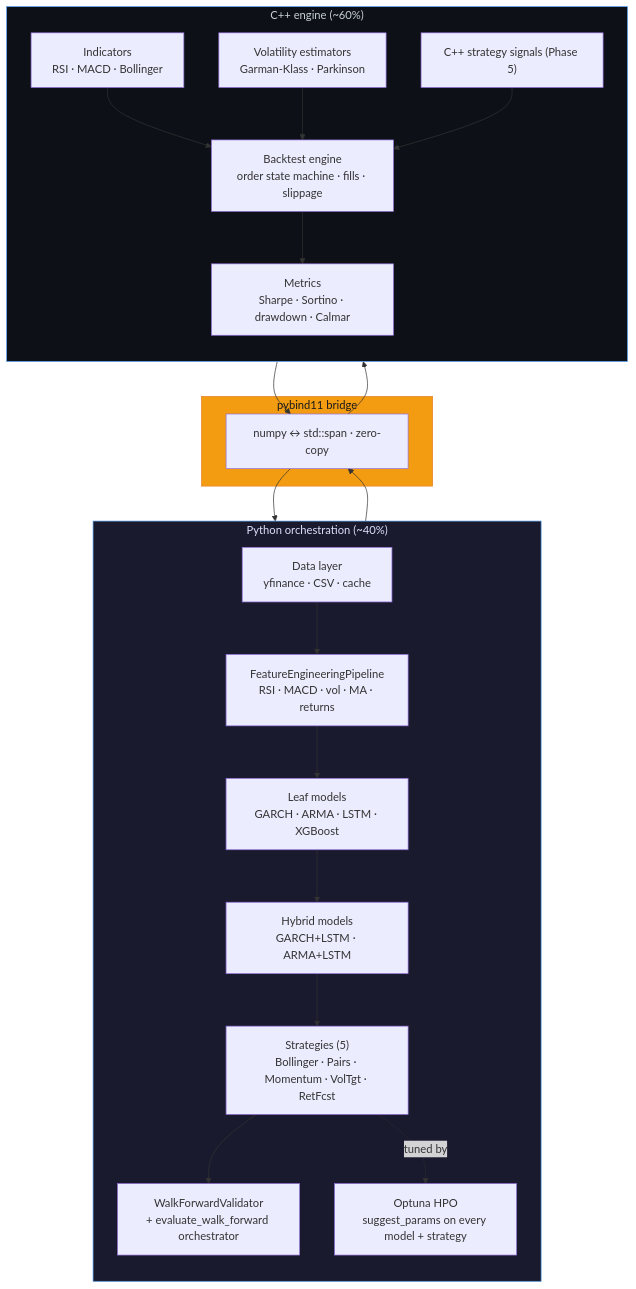
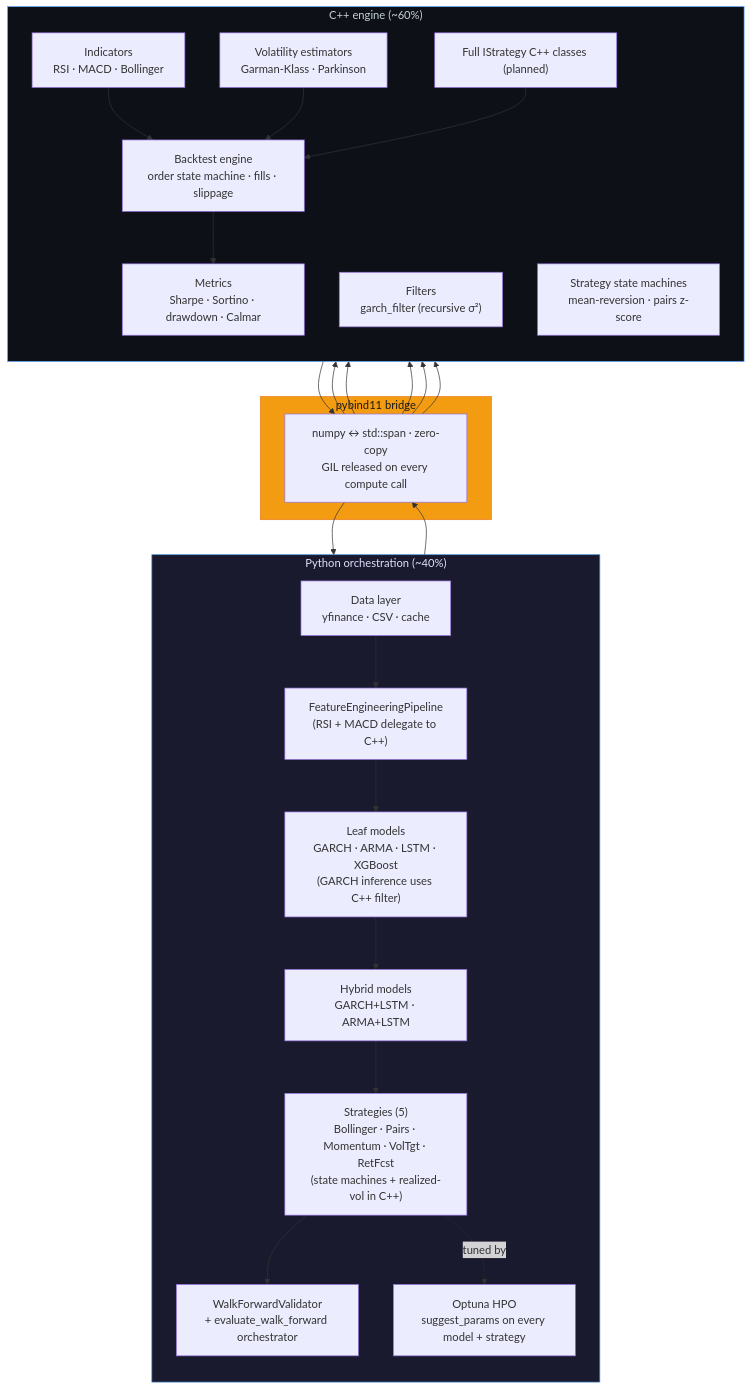
The first of 3 diagrams in README.md (Alextz307/quantforge), drawn with Mermaid before and after one commit. The commit also changed other lines of this file and 19 other files, not shown here.

````diff
--- a/README.md
+++ b/README.md
@@ -9,42 +9,48 @@
 ```mermaid
 graph TB
     subgraph py["Python orchestration (~40%)"]
         direction TB
         data["Data layer<br/>yfinance · CSV · cache"]
-        feat["FeatureEngineeringPipeline<br/>RSI · MACD · vol · MA · returns"]
-        leaf["Leaf models<br/>GARCH · ARMA · LSTM · XGBoost"]
+        feat["FeatureEngineeringPipeline<br/>(RSI + MACD delegate to C++)"]
+        leaf["Leaf models<br/>GARCH · ARMA · LSTM · XGBoost<br/>(GARCH inference uses C++ filter)"]
         hyb["Hybrid models<br/>GARCH+LSTM · ARMA+LSTM"]
-        strat["Strategies (5)<br/>Bollinger · Pairs · Momentum · VolTgt · RetFcst"]
+        strat["Strategies (5)<br/>Bollinger · Pairs · Momentum · VolTgt · RetFcst<br/>(state machines + realized-vol in C++)"]
         wforch["WalkForwardValidator<br/>+ evaluate_walk_forward orchestrator"]
         hpo["Optuna HPO<br/>suggest_params on every model + strategy"]
         data --> feat --> leaf --> hyb --> strat
         strat --> wforch
         strat -. tuned by .-> hpo
     end
 
     subgraph bridge["pybind11 bridge"]
-        numpy["numpy ↔ std::span · zero-copy"]
+        numpy["numpy ↔ std::span · zero-copy<br/>GIL released on every compute call"]
     end
 
     subgraph cpp["C++ engine (~60%)"]
         direction TB
         indicators["Indicators<br/>RSI · MACD · Bollinger"]
         voles["Volatility estimators<br/>Garman-Klass · Parkinson"]
+        filters["Filters<br/>garch_filter (recursive σ²)"]
+        smach["Strategy state machines<br/>mean-reversion · pairs z-score"]
         backtest["Backtest engine<br/>order state machine · fills · slippage"]
         metrics["Metrics<br/>Sharpe · Sortino · drawdown · Calmar"]
-        cppstrat["C++ strategy signals (Phase 5)"]
+        cppstrat["Full IStrategy C++ classes (planned)"]
         indicators --> backtest
         voles --> backtest
         backtest --> metrics
         cppstrat --> backtest
     end
 
     wforch --> numpy
     numpy --> backtest
+    numpy --> indicators
+    numpy --> voles
+    numpy --> filters
+    numpy --> smach
     metrics --> numpy
     numpy --> hpo
 
     style py fill:#1a1a2e,color:#e0e0ff,stroke:#4a90d9
     style bridge fill:#f39c12,color:#1a1a1a,stroke:#e67e22
     style cpp fill:#0d1117,color:#c9d1d9,stroke:#58a6ff
 ```
````
